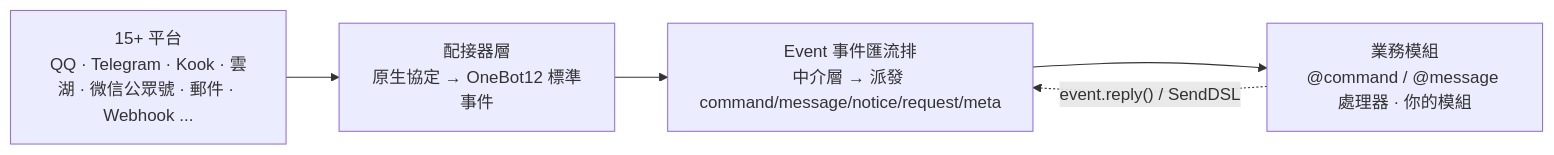
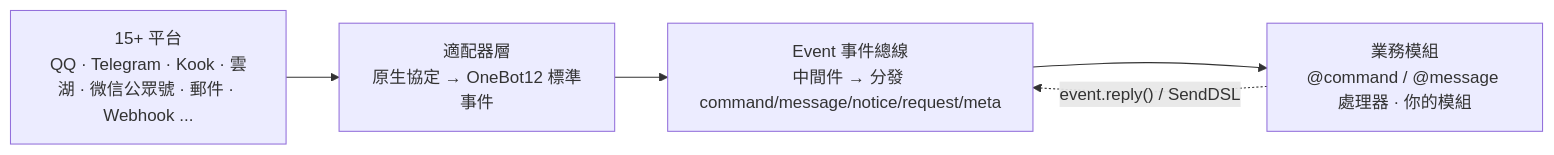
The first of 2 diagrams in README.zh-TW.md (ErisPulse/ErisPulse), drawn with Mermaid before and after one commit. The commit also changed other lines of this file and 7 other files, not shown here.

````diff
--- a/README.zh-TW.md
+++ b/README.zh-TW.md
@@ -111,9 +111,9 @@
 ```mermaid
 graph LR
     P["15+ 平台<br/>QQ · Telegram · Kook · 雲湖 · 微信公眾號 · 郵件 · Webhook ..."]
-    A["配接器層<br/>原生協定 → OneBot12 標準事件"]
-    Event["Event 事件匯流排<br/>中介層 → 派發 command/message/notice/request/meta"]
+    A["適配器層<br/>原生協定 → OneBot12 標準事件"]
+    Event["Event 事件總線<br/>中間件 → 分發 command/message/notice/request/meta"]
     M["業務模組<br/>@command / @message 處理器 · 你的模組"]
     P --> A --> Event --> M
     M -.->|"event.reply() / SendDSL"| Event
 ```
````
